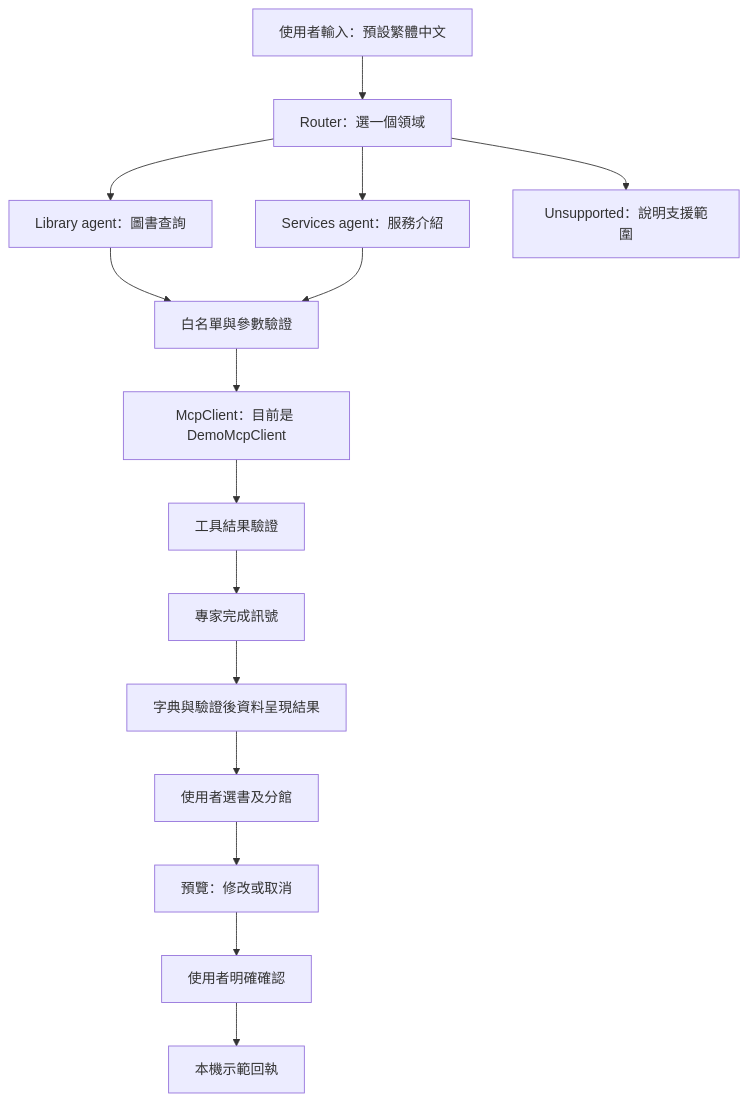
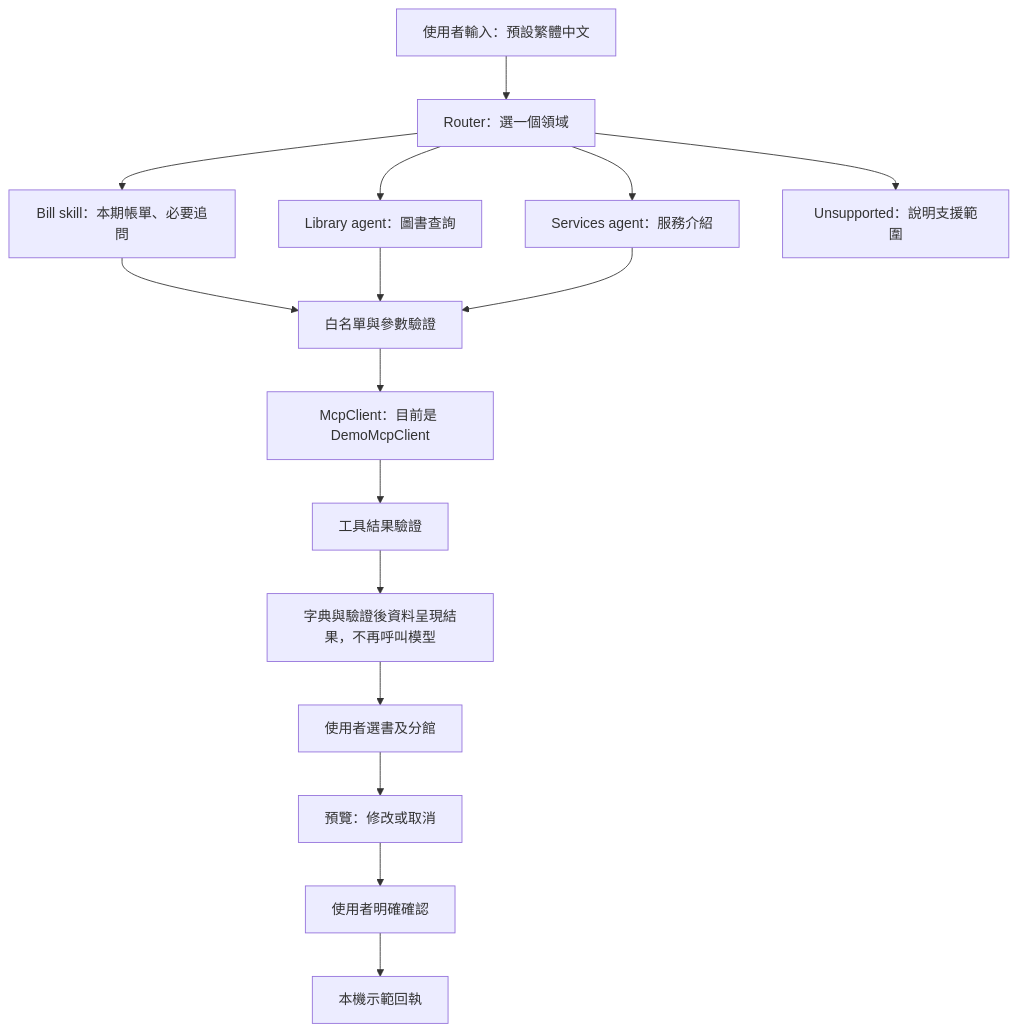
Before and after one commit to Twcat0503/2026_taipei_codefest: the diagram in frontend/agent-mvp/docs/ui-ux-handoff.md, drawn with Mermaid. The commit also changed other lines of this file and 20 other files, not shown here.

Commit message:
feat: add bill lookup skill and service navigation

````diff
--- a/frontend/agent-mvp/docs/ui-ux-handoff.md
+++ b/frontend/agent-mvp/docs/ui-ux-handoff.md
@@ -5,17 +5,18 @@
 ```mermaid
 flowchart TD
     A[使用者輸入：預設繁體中文] --> B[Router：選一個領域]
     B --> C[Library agent：圖書查詢]
     B --> D[Services agent：服務介紹]
+    B --> P[Bill skill：本期帳單、必要追問]
+    P --> F
     B --> E[Unsupported：說明支援範圍]
     C --> F[白名單與參數驗證]
     D --> F
     F --> G[McpClient：目前是 DemoMcpClient]
     G --> H[工具結果驗證]
-    H --> I[專家完成訊號]
-    I --> J[字典與驗證後資料呈現結果]
+    H --> J[字典與驗證後資料呈現結果，不再呼叫模型]
     J --> K[使用者選書及分館]
     K --> L[預覽：修改或取消]
     L --> M[使用者明確確認]
     M --> N[本機示範回執]
 ```
````
